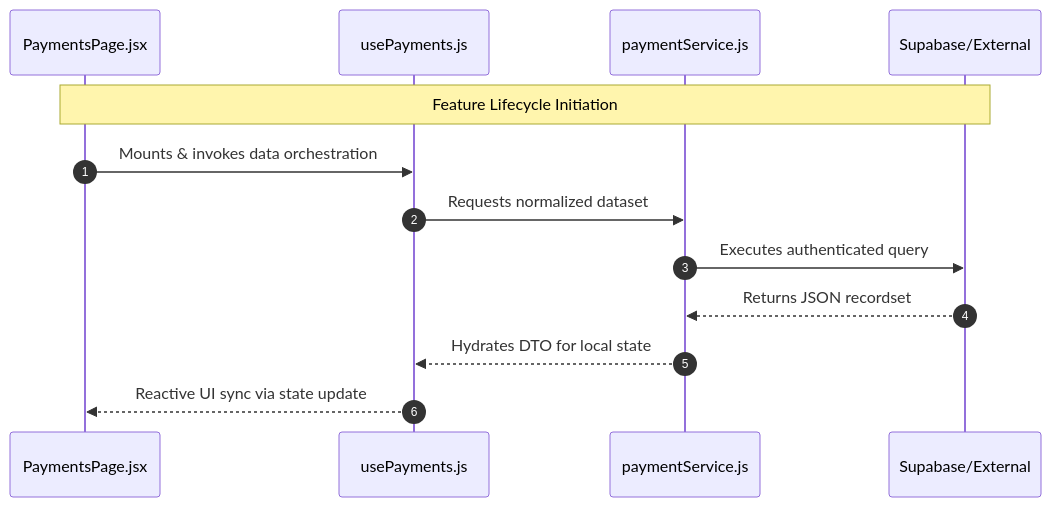
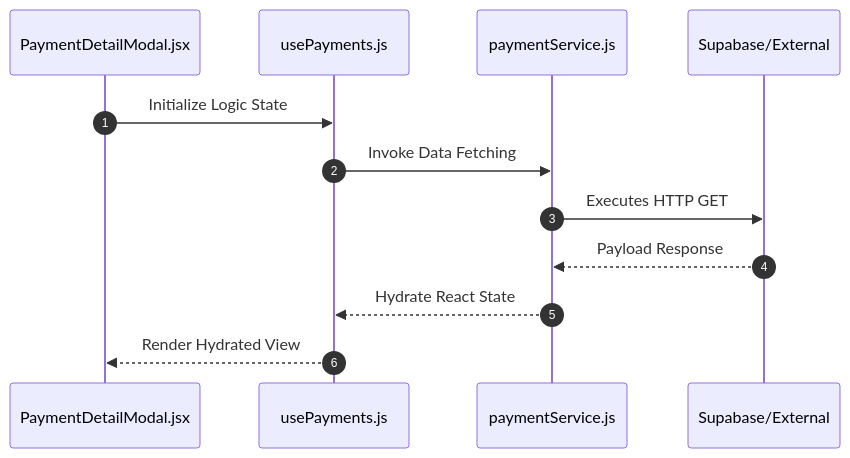
The second of 2 diagrams in src/features/payments/README.md (nexowebai/nexo-superadmin), drawn with Mermaid before and after one commit. The commit also changed other lines of this file and 15 other files, not shown here.

````diff
--- a/src/features/payments/README.md
+++ b/src/features/payments/README.md
@@ -16,16 +36,15 @@
 ```mermaid
 sequenceDiagram
-    autonumber
-    participant P as PaymentsPage.jsx
+autonumber
+    participant P as PaymentDetailModal.jsx
     participant H as usePayments.js
     participant S as paymentService.js
     participant API as Supabase/External
 
-    Note over P,API: Feature Lifecycle Initiation
-    P->>H: Mounts & invokes data orchestration
-    H->>S: Requests normalized dataset
-    S->>API: Executes authenticated query
-    API-->>S: Returns JSON recordset
-    S-->>H: Hydrates DTO for local state
-    H-->>P: Reactive UI sync via state update
+    P->>H: Initialize Logic State
+    H->>S: Invoke Data Fetching
+    S->>API: Executes HTTP GET
+    API-->>S: Payload Response
+    S-->>H: Hydrate React State
+    H-->>P: Render Hydrated View
 ```
````
